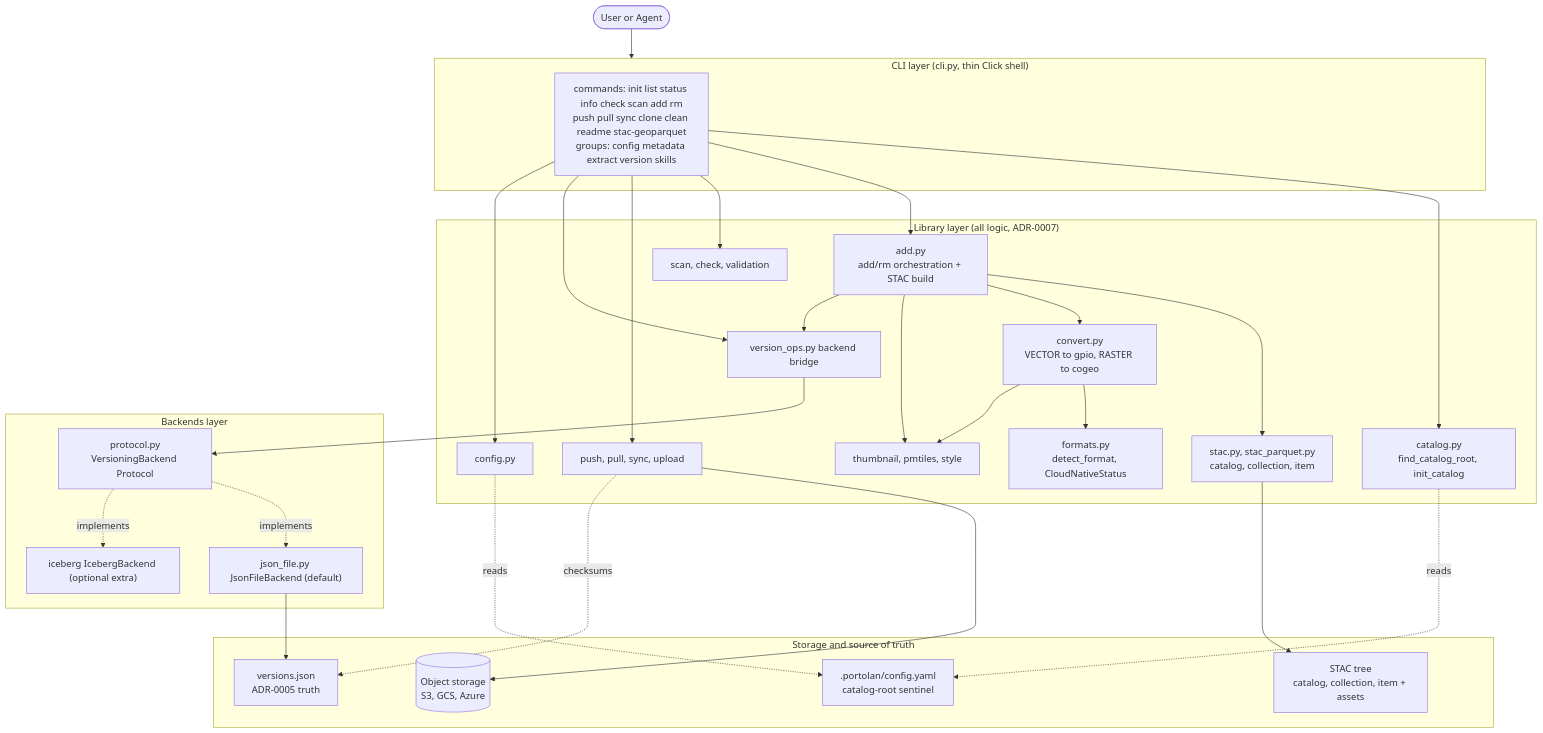
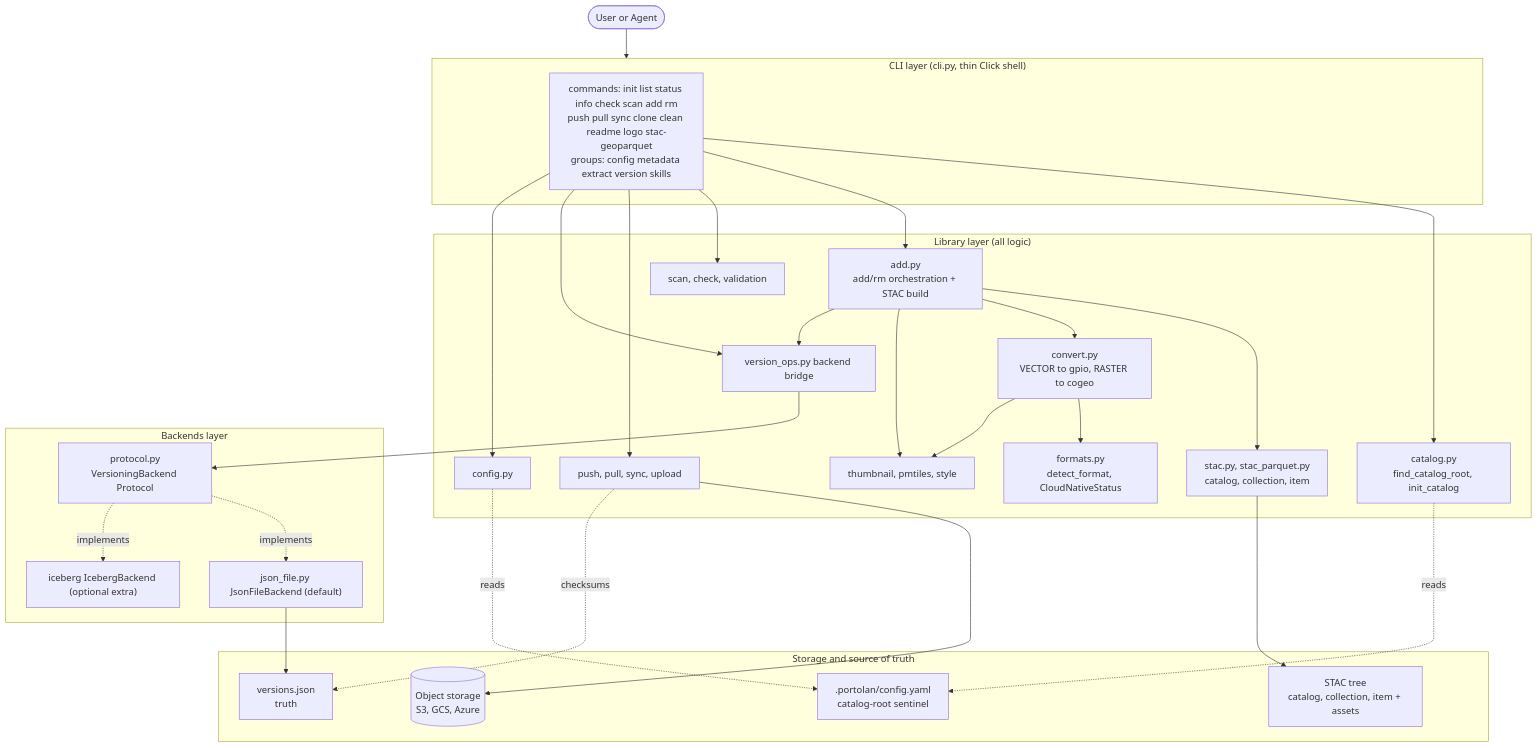
One commit to portolan-sdi/portolan-cli changed the diagram in .claude/rules/architecture.md. Above: the diagram before and after it, drawn with Mermaid. The commit also changed other lines of this file and 494 other files, not shown here.

````diff
--- a/.claude/rules/architecture.md
+++ b/.claude/rules/architecture.md
@@ -15,51 +15,51 @@
 ```mermaid
 flowchart TD
     user([User or Agent]) --> CLI
     subgraph CLI["CLI layer (cli.py, thin Click shell)"]
-        cmds["commands: init list status info check scan add rm<br/>push pull sync clone clean readme stac-geoparquet<br/>groups: config metadata extract version skills"]
+        cmds["commands: init list status info check scan add rm<br/>push pull sync clone clean readme logo stac-geoparquet<br/>groups: config metadata extract version skills"]
     end
-    subgraph LIB["Library layer (all logic, ADR-0007)"]
+    subgraph LIB["Library layer (all logic)"]
         catalog["catalog.py<br/>find_catalog_root, init_catalog"]
         dataset["add.py<br/>add/rm orchestration + STAC build"]
         stac["stac.py, stac_parquet.py<br/>catalog, collection, item"]
         formats["formats.py<br/>detect_format, CloudNativeStatus"]
         convert["convert.py<br/>VECTOR to gpio, RASTER to cogeo"]
         viz["thumbnail, pmtiles, style"]
         scan["scan, check, validation"]
         syncmod["push, pull, sync, upload"]
         vops["version_ops.py backend bridge"]
         config["config.py"]
     end
     subgraph BK["Backends layer"]
         proto["protocol.py<br/>VersioningBackend Protocol"]
         jsonbk["json_file.py JsonFileBackend (default)"]
         iceberg["iceberg IcebergBackend (optional extra)"]
         proto -.implements.-> jsonbk
         proto -.implements.-> iceberg
     end
     subgraph STORE["Storage and source of truth"]
         sentinel[".portolan/config.yaml<br/>catalog-root sentinel"]
-        versions["versions.json<br/>ADR-0005 truth"]
+        versions["versions.json<br/>truth"]
         stactree["STAC tree<br/>catalog, collection, item + assets"]
         object[("Object storage<br/>S3, GCS, Azure")]
     end
     cmds --> catalog
     cmds --> dataset
     cmds --> scan
     cmds --> syncmod
     cmds --> vops
     cmds --> config
     dataset --> stac
     dataset --> convert
     convert --> formats
     convert --> viz
     dataset --> viz
     dataset --> vops
     vops --> proto
     catalog -.reads.-> sentinel
     config -.reads.-> sentinel
     jsonbk --> versions
     stac --> stactree
     syncmod --> object
     syncmod -.checksums.-> versions
 ```
````
